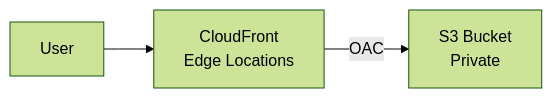
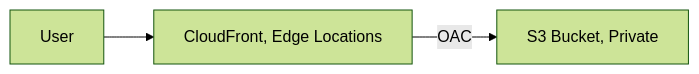
Before and after one commit to DeeptiShuklaProject/Uday_AWS: the fourth of 4 diagrams in Chapter_29_Amazon_CloudFront.md, drawn with Mermaid (forest theme). The commit also changed 34 other files, not shown here.

Commit message:
Fix mermaid diagrams syntax across all chapters (quote labels and remove HTML)

````diff
--- a/Chapter_29_Amazon_CloudFront.md
+++ b/Chapter_29_Amazon_CloudFront.md
@@ -654,5 +654,5 @@
 ```mermaid
 flowchart LR
-    User[User] --> CF[CloudFront<br>Edge Locations]
-    CF -->|OAC| S3[S3 Bucket<br>Private]
+    User[User] --> CF["CloudFront, Edge Locations"]
+    CF -->|OAC| S3["S3 Bucket, Private"]
 ```
````
